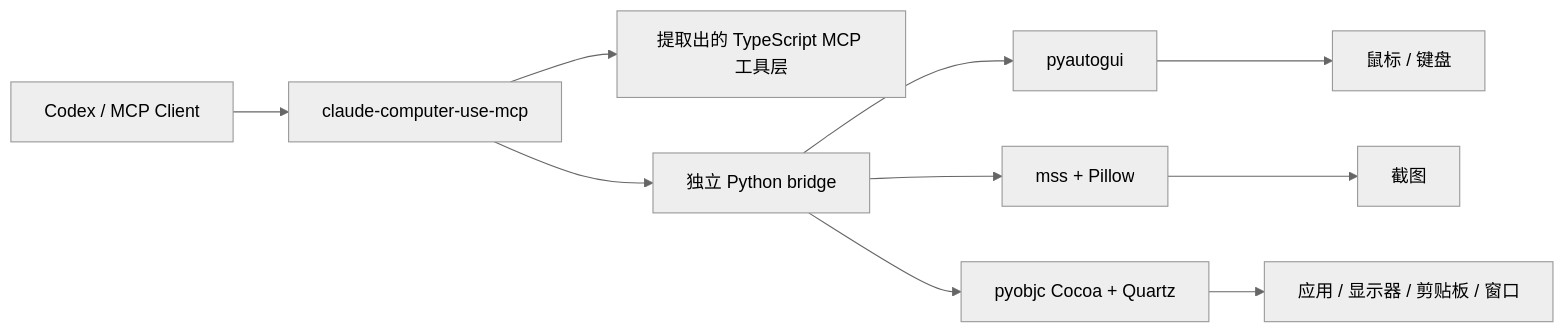
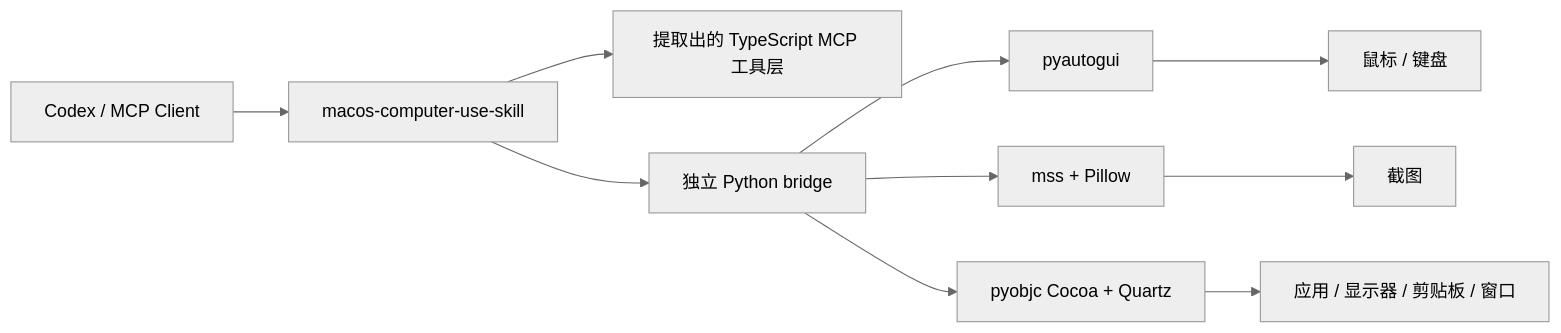
Before and after one commit to wimi321/macos-computer-use-skill: the diagram in skill/computer-use-macos/project/README.zh-CN.md, drawn with Mermaid (neutral theme). The commit also changed other lines of this file and 20 other files, not shown here.

````diff
--- a/skill/computer-use-macos/project/README.zh-CN.md
+++ b/skill/computer-use-macos/project/README.zh-CN.md
@@ -61,12 +73,12 @@
 ```mermaid
 flowchart LR
-    A[Codex / MCP Client] --> B[claude-computer-use-mcp]
+    A[Codex / MCP Client] --> B[macos-computer-use-skill]
     B --> C[提取出的 TypeScript MCP 工具层]
     B --> D[独立 Python bridge]
     D --> E[pyautogui]
     D --> F[mss + Pillow]
     D --> G[pyobjc Cocoa + Quartz]
     E --> H[鼠标 / 键盘]
     F --> I[截图]
     G --> J[应用 / 显示器 / 剪贴板 / 窗口]
 ```
````
